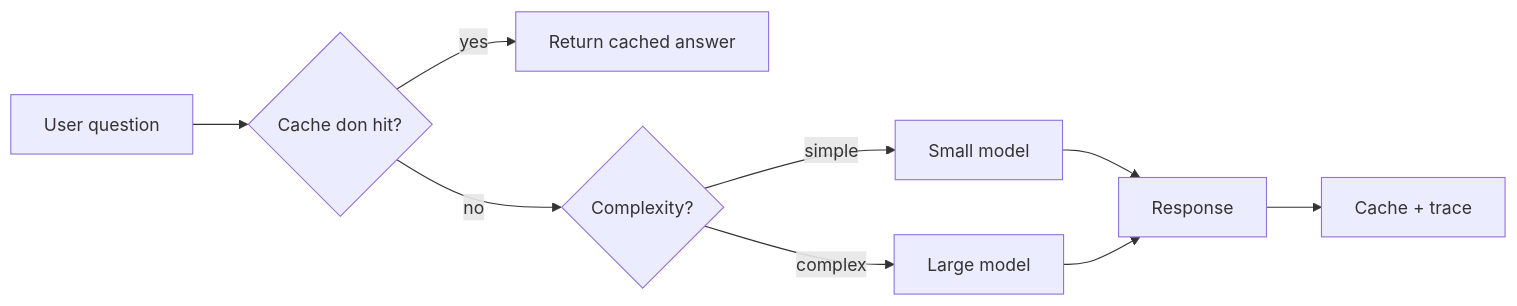
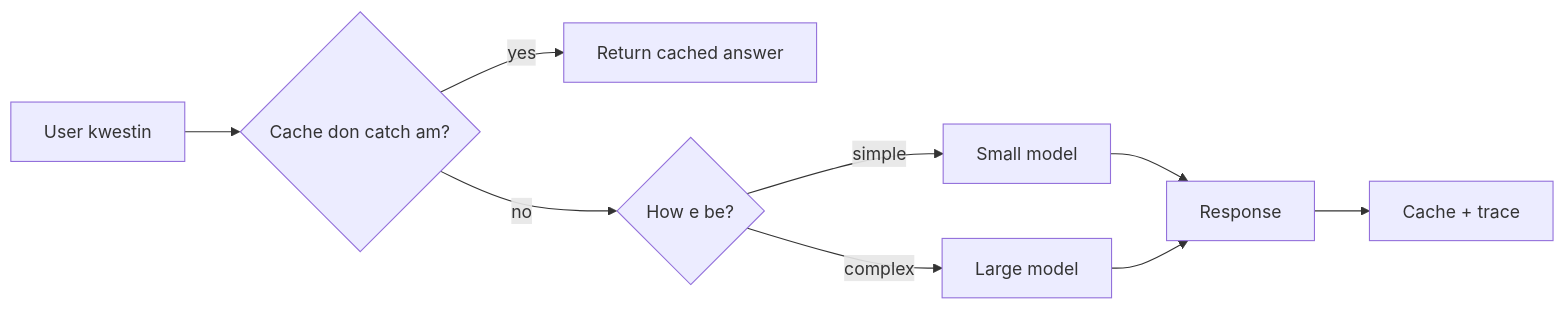
One commit to microsoft/ai-agents-for-beginners changed the third of 4 diagrams in translations/pcm/16-deploying-scalable-agents/README.md. Above: the diagram before and after it, drawn with Mermaid. The commit also changed other lines of this file and 46 other files, not shown here.

````diff
--- a/translations/pcm/16-deploying-scalable-agents/README.md
+++ b/translations/pcm/16-deploying-scalable-agents/README.md
@@ -134,11 +134,11 @@
 ```mermaid
 flowchart LR
-    Q[User question] --> C{Cache don hit?}
+    Q[User kwestin] --> C{Cache don catch am?}
     C -->|yes| R[Return cached answer]
-    C -->|no| Router{Complexity?}
+    C -->|no| Router{How e be?}
     Router -->|simple| SLM[Small model]
     Router -->|complex| LLM[Large model]
     SLM --> Out[Response]
     LLM --> Out
     Out --> Store[Cache + trace]
 ```
````
